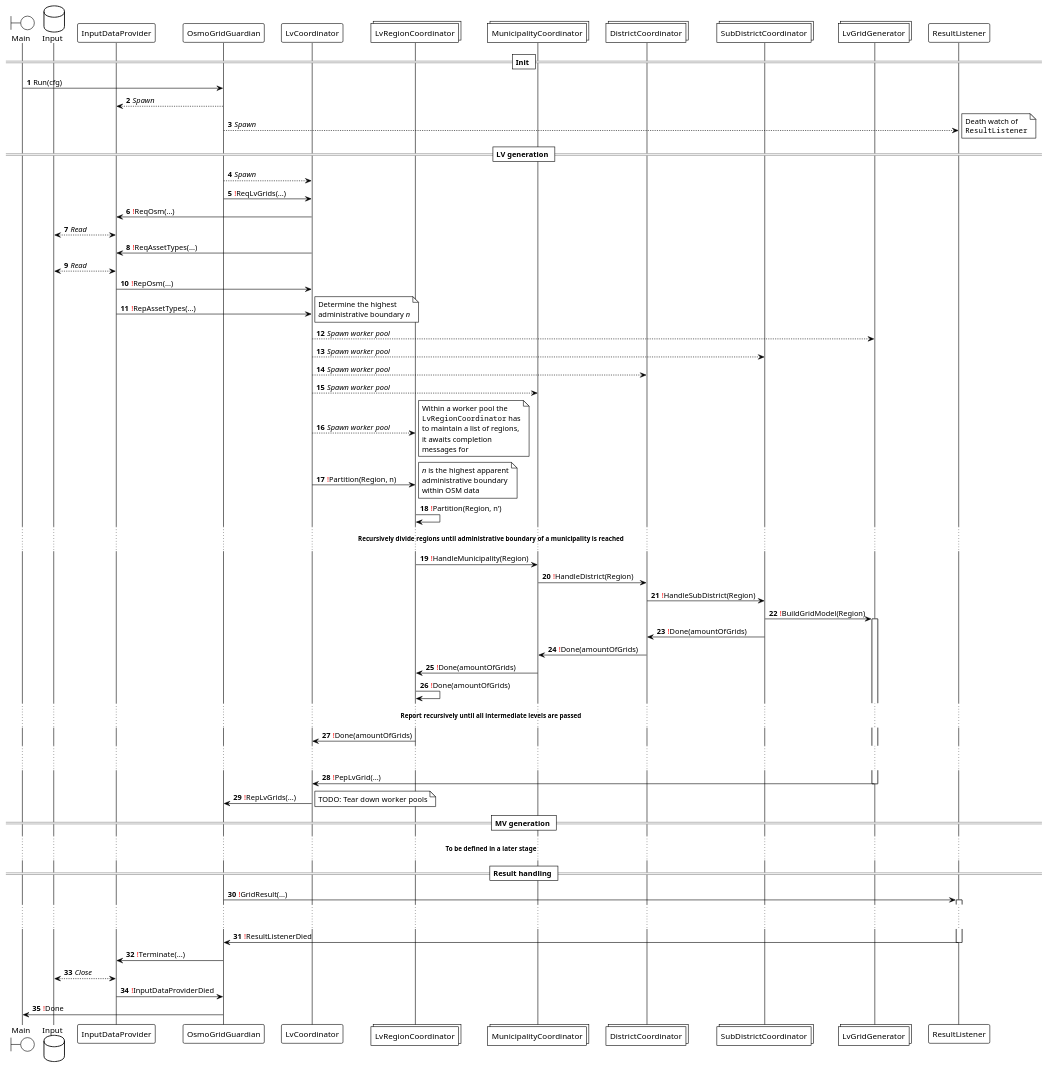
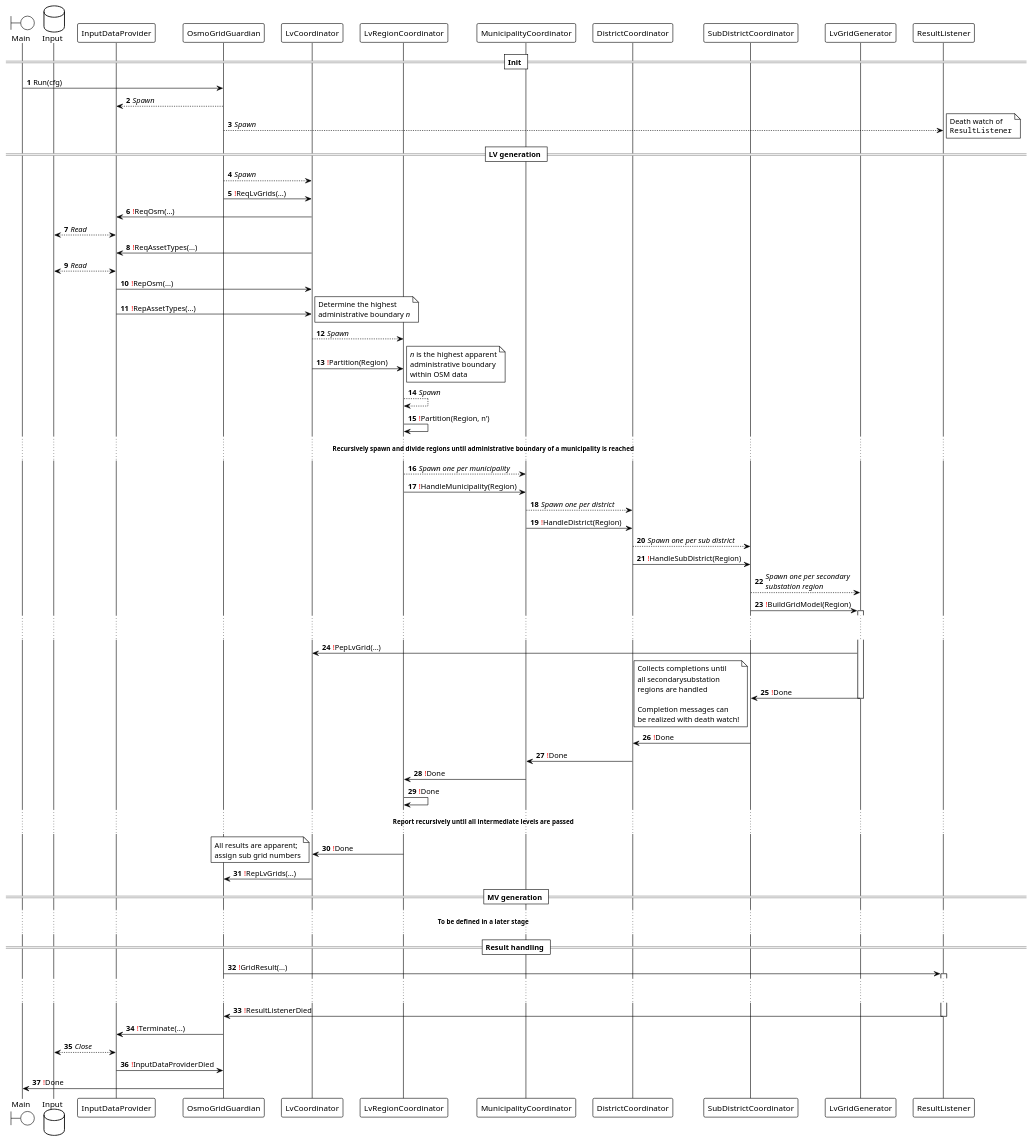
The diagram in docs/puml/protocol/protocol.puml (ie3-institute/OSMoGrid), drawn with PlantUML before and after one commit.

Commit message:
Adaptions according to discussions
with @lale1009, @johanneshiry, @t-ober, @sebastian-peter

```diff
--- a/docs/puml/protocol/protocol.puml
+++ b/docs/puml/protocol/protocol.puml
@@ -1,87 +1,90 @@
 @startuml
 'https://plantuml.com/sequence-diagram
 
 !theme plain
 autonumber
 
 boundary Main
 database Input
 participant InputDataProvider
 participant OsmoGridGuardian
 participant LvCoordinator
-collections LvRegionCoordinator
-collections MunicipalityCoordinator
-collections DistrictCoordinator
-collections SubDistrictCoordinator
-collections LvGridGenerator
+participant LvRegionCoordinator
+participant MunicipalityCoordinator
+participant DistrictCoordinator
+participant SubDistrictCoordinator
+participant LvGridGenerator
 participant ResultListener
 
 == Init ==
 Main -> OsmoGridGuardian: Run(cfg)
 OsmoGridGuardian --> InputDataProvider: //Spawn//
 
 OsmoGridGuardian --> ResultListener: //Spawn//
 note right: Death watch of\n""ResultListener""
 
 == LV generation ==
 OsmoGridGuardian --> LvCoordinator: //Spawn//
 OsmoGridGuardian -> LvCoordinator: <font color="red">!</font>ReqLvGrids(...)
 LvCoordinator -> InputDataProvider: <font color="red">!</font>ReqOsm(...)
 InputDataProvider <--> Input: //Read//
 LvCoordinator -> InputDataProvider: <font color="red">!</font>ReqAssetTypes(...)
 InputDataProvider <--> Input: //Read//
 InputDataProvider -> LvCoordinator: <font color="red">!</font>RepOsm(...)
 InputDataProvider -> LvCoordinator: <font color="red">!</font>RepAssetTypes(...)
 note right: Determine the highest\nadministrative boundary //n//
-LvCoordinator --> LvGridGenerator: //Spawn worker pool//
-LvCoordinator --> SubDistrictCoordinator: //Spawn worker pool//
-LvCoordinator --> DistrictCoordinator: //Spawn worker pool//
-LvCoordinator --> MunicipalityCoordinator: //Spawn worker pool//
-LvCoordinator --> LvRegionCoordinator: //Spawn worker pool//
-note right: Within a worker pool the\n""LvRegionCoordinator"" has\nto maintain a list of regions,\nit awaits completion\nmessages for
+LvCoordinator --> LvRegionCoordinator: //Spawn//
 
-LvCoordinator -> LvRegionCoordinator: <font color="red">!</font>Partition(Region, n)
+LvCoordinator -> LvRegionCoordinator: <font color="red">!</font>Partition(Region)
 note right: //n// is the highest apparent\nadministrative boundary\nwithin OSM data
+LvRegionCoordinator --> LvRegionCoordinator: //Spawn//
 LvRegionCoordinator -> LvRegionCoordinator: <font color="red">!</font>Partition(Region, n')
-... **Recursively divide regions until administrative boundary of a municipality is reached** ...
+... **Recursively spawn and divide regions until administrative boundary of a municipality is reached** ...
 
+LvRegionCoordinator --> MunicipalityCoordinator: //Spawn one per municipality//
 LvRegionCoordinator -> MunicipalityCoordinator: <font color="red">!</font>HandleMunicipality(Region)
 
+MunicipalityCoordinator --> DistrictCoordinator: //Spawn one per district//
 MunicipalityCoordinator -> DistrictCoordinator: <font color="red">!</font>HandleDistrict(Region)
 
+DistrictCoordinator --> SubDistrictCoordinator: //Spawn one per sub district//
 DistrictCoordinator -> SubDistrictCoordinator: <font color="red">!</font>HandleSubDistrict(Region)
 
+SubDistrictCoordinator --> LvGridGenerator: //Spawn one per secondary//\n//substation region//
 SubDistrictCoordinator -> LvGridGenerator: <font color="red">!</font>BuildGridModel(Region)
 
 activate LvGridGenerator
-SubDistrictCoordinator -> DistrictCoordinator: <font color="red">!</font>Done(amountOfGrids)
-DistrictCoordinator -> MunicipalityCoordinator: <font color="red">!</font>Done(amountOfGrids)
-MunicipalityCoordinator -> LvRegionCoordinator: <font color="red">!</font>Done(amountOfGrids)
-LvRegionCoordinator -> LvRegionCoordinator: <font color="red">!</font>Done(amountOfGrids)
-... **Report recursively until all intermediate levels are passed** ...
-LvRegionCoordinator -> LvCoordinator: <font color="red">!</font>Done(amountOfGrids)
 ... ...
 LvGridGenerator -> LvCoordinator: <font color="red">!</font>PepLvGrid(...)
+LvGridGenerator -> SubDistrictCoordinator: <font color="red">!</font>Done
+note left: Collects completions until\nall secondarysubstation\nregions are handled\n\nCompletion messages can\nbe realized with death watch!
 deactivate LvGridGenerator
 
+SubDistrictCoordinator -> DistrictCoordinator: <font color="red">!</font>Done
+DistrictCoordinator -> MunicipalityCoordinator: <font color="red">!</font>Done
+MunicipalityCoordinator -> LvRegionCoordinator: <font color="red">!</font>Done
+LvRegionCoordinator -> LvRegionCoordinator: <font color="red">!</font>Done
+... **Report recursively until all intermediate levels are passed** ...
+LvRegionCoordinator -> LvCoordinator: <font color="red">!</font>Done
+note left: All results are apparent;\nassign sub grid numbers
+
 LvCoordinator -> OsmoGridGuardian: <font color="red">!</font>RepLvGrids(...)
-note right: TODO: Tear down worker pools
 
 == MV generation ==
 ... **To be defined in a later stage** ...
 
 == Result handling ==
 OsmoGridGuardian -> ResultListener: <font color="red">!</font>GridResult(...)
 activate ResultListener
 ... ...
 ResultListener -> OsmoGridGuardian: <font color="red">!</font>ResultListenerDied
 deactivate ResultListener
 OsmoGridGuardian -> InputDataProvider: <font color="red">!</font>Terminate(...)
 InputDataProvider <--> Input: //Close//
 InputDataProvider -> OsmoGridGuardian: <font color="red">!</font>InputDataProviderDied
 
 OsmoGridGuardian -> Main: <font color="red">!</font>Done
 
 'TODO: Don't forget to spawn and initialize the ResultListener
 
 @enduml
```
